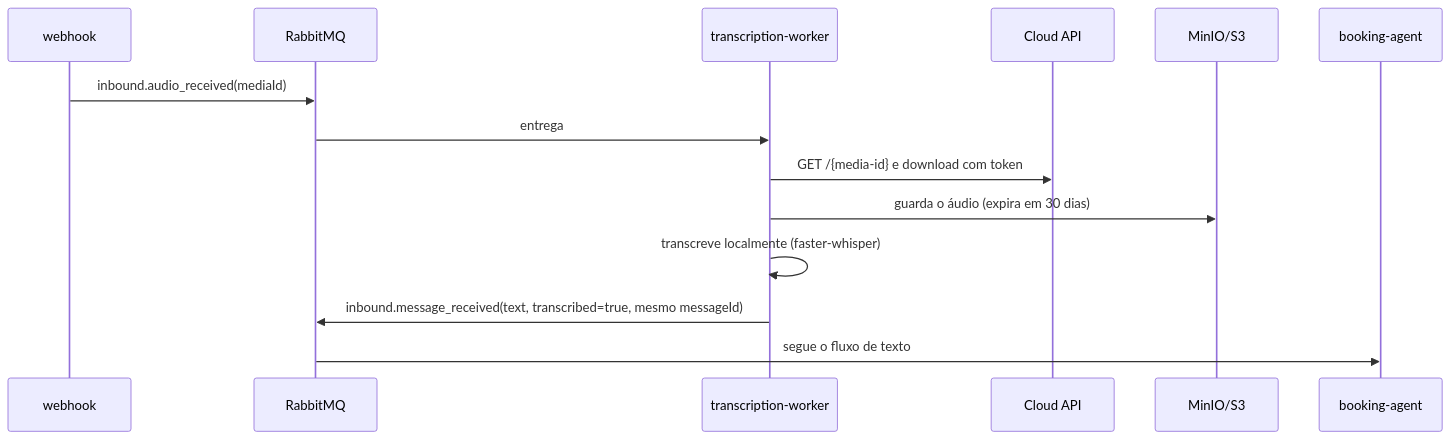
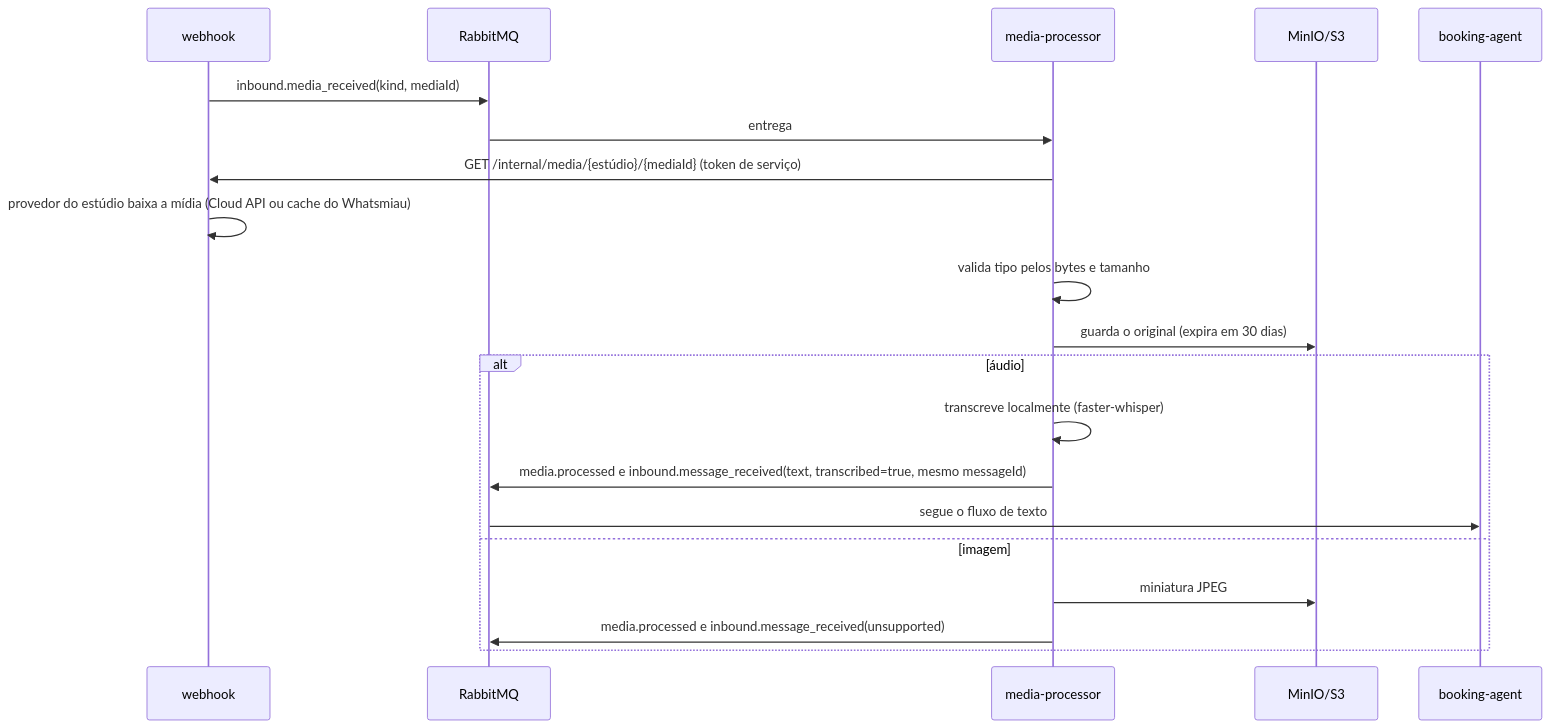
Before and after one commit to JohnnyMatteus/whatsapp-booking-agent: the third of 4 diagrams in docs/design-doc.md, drawn with Mermaid. The commit also changed other lines of this file and 11 other files, not shown here.

````diff
--- a/docs/design-doc.md
+++ b/docs/design-doc.md
@@ -188,16 +206,22 @@
 ```mermaid
 sequenceDiagram
   participant W as webhook
   participant Q as RabbitMQ
-  participant P as transcription-worker
-  participant M as Cloud API
+  participant P as media-processor
   participant S as MinIO/S3
   participant B as booking-agent
-  W->>Q: inbound.audio_received(mediaId)
+  W->>Q: inbound.media_received(kind, mediaId)
   Q->>P: entrega
-  P->>M: GET /{media-id} e download com token
-  P->>S: guarda o áudio (expira em 30 dias)
-  P->>P: transcreve localmente (faster-whisper)
-  P->>Q: inbound.message_received(text, transcribed=true, mesmo messageId)
-  Q->>B: segue o fluxo de texto
+  P->>W: GET /internal/media/{estúdio}/{mediaId} (token de serviço)
+  W->>W: provedor do estúdio baixa a mídia (Cloud API ou cache do Whatsmiau)
+  P->>P: valida tipo pelos bytes e tamanho
+  P->>S: guarda o original (expira em 30 dias)
+  alt áudio
+    P->>P: transcreve localmente (faster-whisper)
+    P->>Q: media.processed e inbound.message_received(text, transcribed=true, mesmo messageId)
+    Q->>B: segue o fluxo de texto
+  else imagem
+    P->>S: miniatura JPEG
+    P->>Q: media.processed e inbound.message_received(unsupported)
+  end
 ```
````
